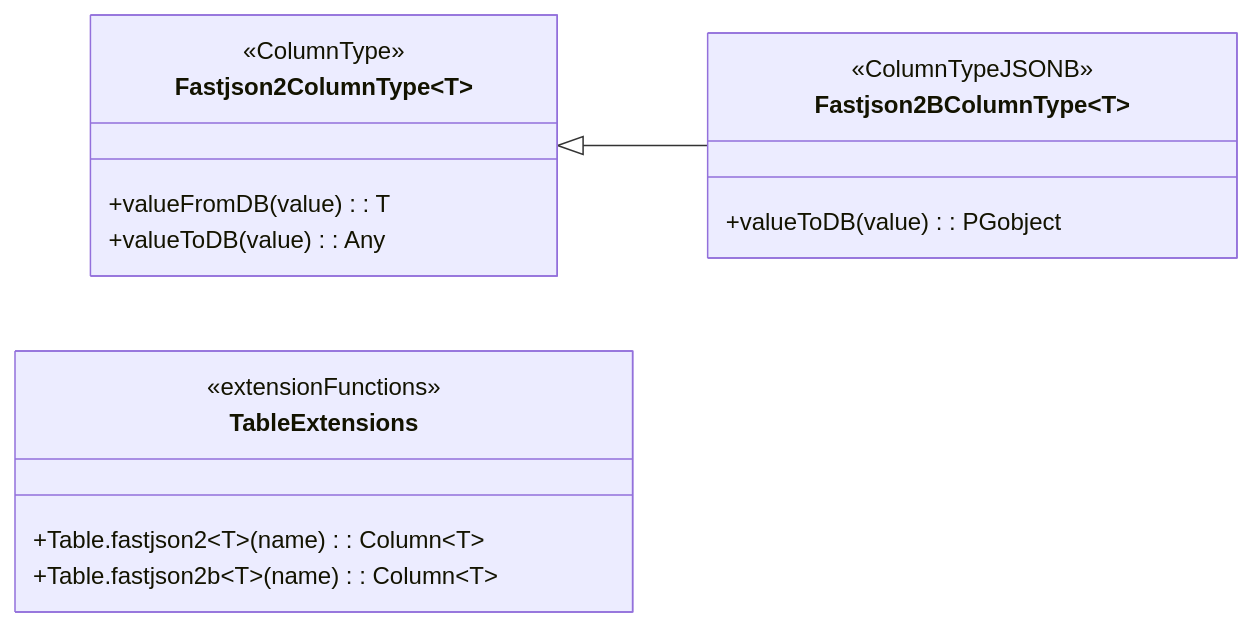
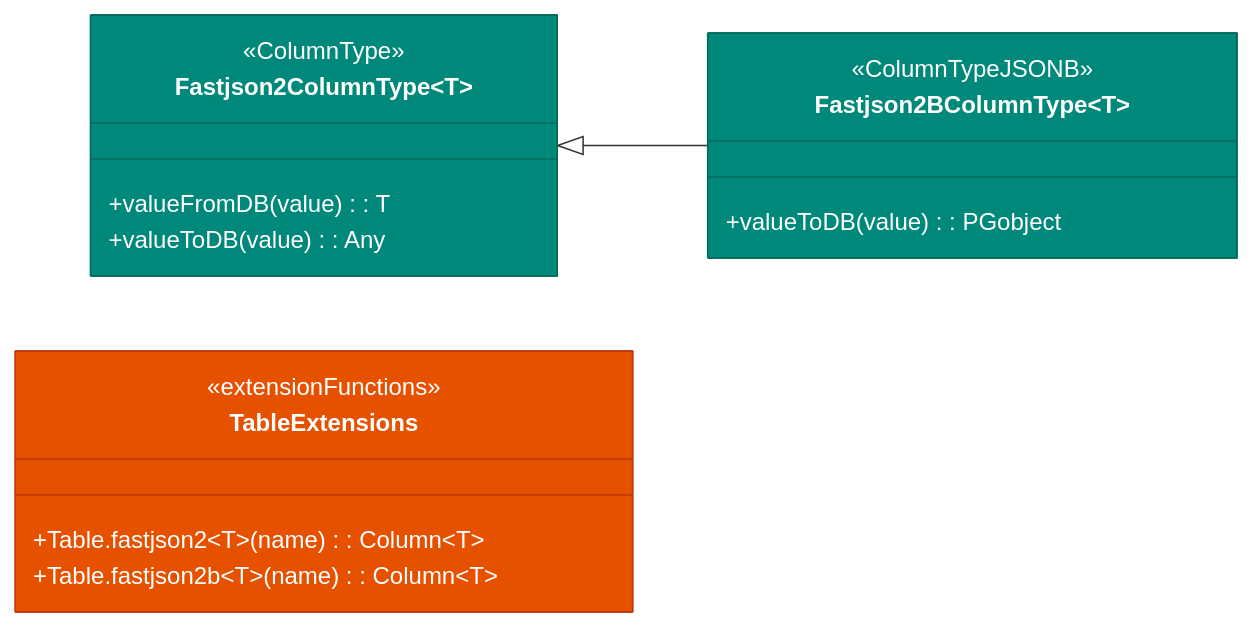
Before and after one commit to bluetape4k/bluetape4k-projects: the first of 3 diagrams in data/exposed-fastjson2/README.ko.md, drawn with Mermaid. The commit also changed other lines of this file and 221 other files, not shown here.

First line of the commit message:
docs: 전체 모듈 README UML 다이어그램 보강 및 색상 업그레이드

````diff
--- a/data/exposed-fastjson2/README.ko.md
+++ b/data/exposed-fastjson2/README.ko.md
@@ -125,20 +125,23 @@
 ```mermaid
 classDiagram
     direction LR
     class Fastjson2ColumnType~T~ {
         <<ColumnType>>
         +valueFromDB(value): T
         +valueToDB(value): Any
     }
     class Fastjson2BColumnType~T~ {
         <<ColumnTypeJSONB>>
         +valueToDB(value): PGobject
     }
     class TableExtensions {
         <<extensionFunctions>>
         +Table.fastjson2~T~(name): Column~T~
         +Table.fastjson2b~T~(name): Column~T~
     }
     Fastjson2ColumnType <|-- Fastjson2BColumnType
 
+    style Fastjson2ColumnType fill:#00897B,stroke:#00695C,color:#FFFFFF
+    style Fastjson2BColumnType fill:#00897B,stroke:#00695C,color:#FFFFFF
+    style TableExtensions fill:#E65100,stroke:#BF360C,color:#FFFFFF
 ```
````
